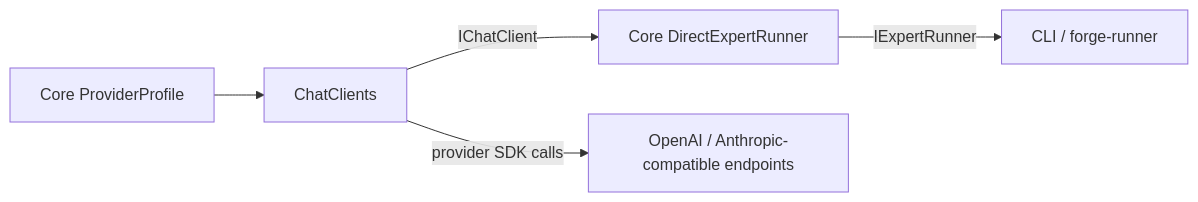
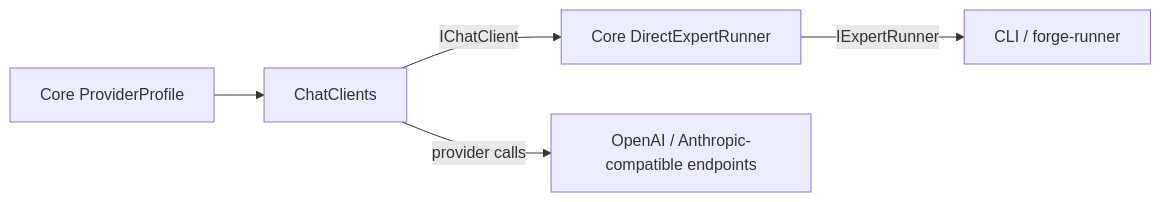
Before and after one commit to katasec/forge-mcl: the diagram in src/ForgeMission.ChatClients/README.md, drawn with Mermaid. The commit also changed other lines of this file and 9 other files, not shown here.

````diff
--- a/src/ForgeMission.ChatClients/README.md
+++ b/src/ForgeMission.ChatClients/README.md
@@ -45,7 +45,7 @@
 ```mermaid
 flowchart LR
   Profile[Core ProviderProfile] --> Factory[ChatClients]
   Factory -->|IChatClient| Runner[Core DirectExpertRunner]
-  Factory -->|provider SDK calls| Providers[OpenAI / Anthropic-compatible endpoints]
+  Factory -->|provider calls| Providers[OpenAI / Anthropic-compatible endpoints]
   Runner -->|IExpertRunner| Host[CLI / forge-runner]
 ```
````
